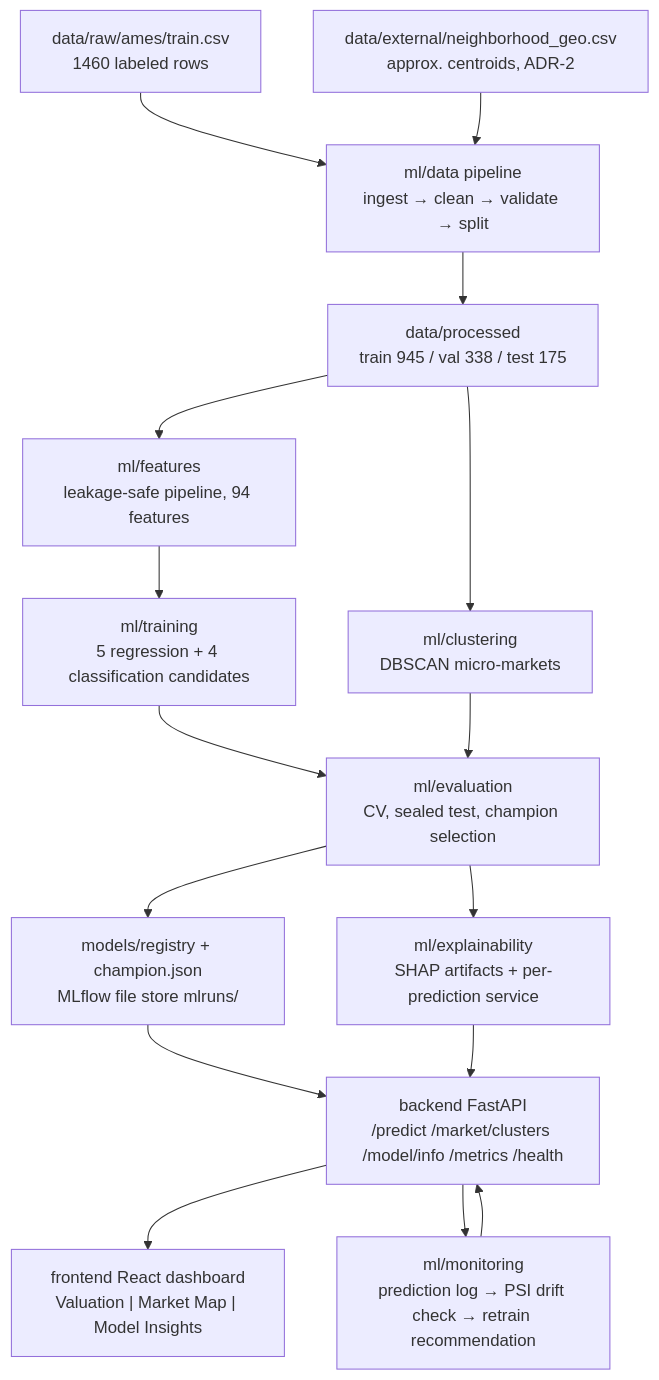
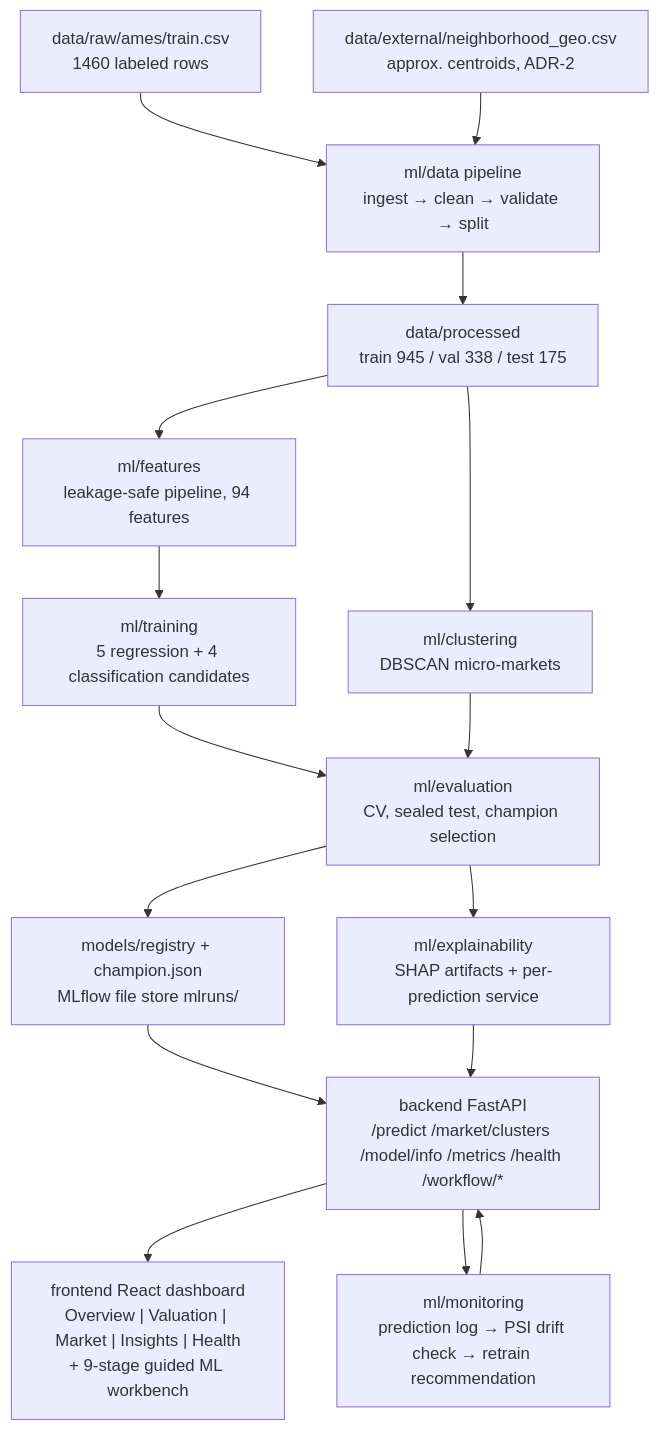
Before and after one commit to rushmanthnalluri/prop-pulse: the diagram in README.md, drawn with Mermaid. The commit also changed other lines of this file and 226 other files, not shown here.

First line of the commit message:
Overhaul frontend and guided ML workbench; add dev-server sharing setup; upgrade README

````diff
--- a/README.md
+++ b/README.md
@@ -101,18 +111,18 @@
 ```mermaid
 flowchart TD
     A[data/raw/ames/train.csv<br/>1460 labeled rows] --> B[ml/data pipeline<br/>ingest → clean → validate → split]
     G[data/external/neighborhood_geo.csv<br/>approx. centroids, ADR-2] --> B
     B --> C[data/processed<br/>train 945 / val 338 / test 175]
     C --> D[ml/features<br/>leakage-safe pipeline, 94 features]
     D --> E[ml/training<br/>5 regression + 4 classification candidates]
     C --> F[ml/clustering<br/>DBSCAN micro-markets]
     E --> H[ml/evaluation<br/>CV, sealed test, champion selection]
     F --> H
     H --> I[models/registry + champion.json<br/>MLflow file store mlruns/]
     H --> J[ml/explainability<br/>SHAP artifacts + per-prediction service]
-    I --> K[backend FastAPI<br/>/predict /market/clusters /model/info /metrics /health]
+    I --> K[backend FastAPI<br/>/predict /market/clusters /model/info /metrics /health /workflow/*]
     J --> K
-    K --> L["frontend React dashboard<br/>Valuation | Market Map | Model Insights"]
+    K --> L["frontend React dashboard<br/>Overview | Valuation | Market | Insights | Health<br/>+ 9-stage guided ML workbench"]
     K --> M[ml/monitoring<br/>prediction log → PSI drift check → retrain recommendation]
     M --> K
 ```
````
